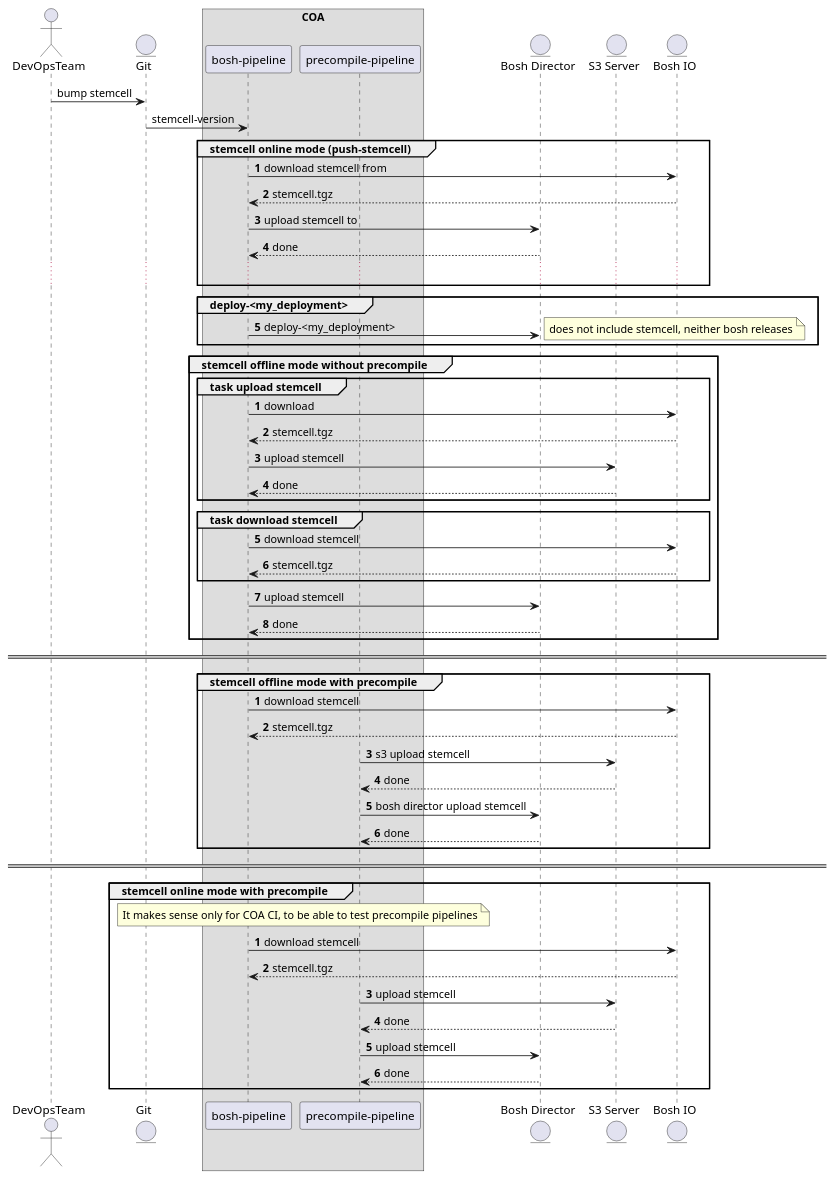
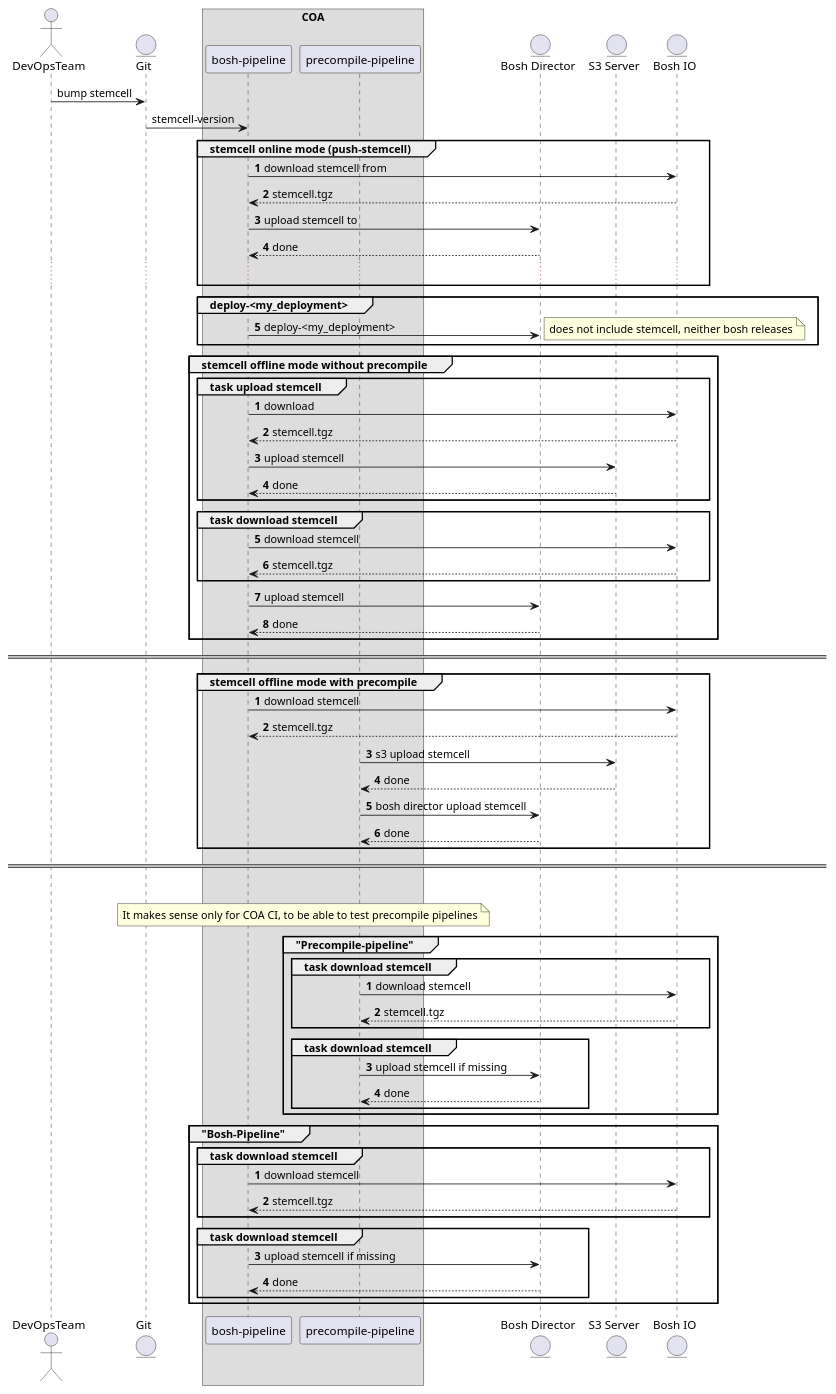
The diagram in docs/Stemcell_upload.puml (orange-cloudfoundry/cf-ops-automation), drawn with PlantUML before and after one commit. The commit also changed 4 other files, not shown here.

Commit message:
doc(coa interns): describe stemcell and bosh release upload

```diff
--- a/docs/Stemcell_upload.puml
+++ b/docs/Stemcell_upload.puml
@@ -1,66 +1,83 @@
 @startuml
  actor DevOpsTeam as team
 
  entity Git
  box COA
     participant "bosh-pipeline"
     participant "precompile-pipeline"
  end box
 
  entity "Bosh Director" as bosh
  entity "S3 Server" as s3
  entity "Bosh IO" as boshio
 
  team -> Git: bump stemcell
  Git -> "bosh-pipeline": stemcell-version
 
  group stemcell online mode (push-stemcell)
     autonumber
      "bosh-pipeline" -> boshio: download stemcell from
      boshio --> "bosh-pipeline": stemcell.tgz
      "bosh-pipeline" -> bosh: upload stemcell to
      bosh --> "bosh-pipeline": done
      ...
  end group
  group deploy-<my_deployment>
      "bosh-pipeline" -> bosh: deploy-<my_deployment>
      note right: does not include stemcell, neither bosh releases
   end group
  group stemcell offline mode without precompile
     group task upload stemcell
         autonumber
         "bosh-pipeline" -> boshio: download
         boshio --> "bosh-pipeline": stemcell.tgz
         "bosh-pipeline" -> s3: upload stemcell
         s3 --> "bosh-pipeline": done
     end group
     group task download stemcell
     "bosh-pipeline" -> boshio: download stemcell
     boshio --> "bosh-pipeline": stemcell.tgz
     end group
     "bosh-pipeline" -> bosh: upload stemcell
     bosh --> "bosh-pipeline": done
  end
  == ==
  group   stemcell offline mode with precompile
     autonumber
      "bosh-pipeline" -> boshio: download stemcell
      boshio --> "bosh-pipeline": stemcell.tgz
      "precompile-pipeline" -> s3: s3 upload stemcell
      s3 --> "precompile-pipeline": done
      "precompile-pipeline" -> bosh: bosh director upload stemcell
      bosh --> "precompile-pipeline": done
  end
 == ==
   group stemcell online mode with precompile
     note over "precompile-pipeline", "bosh-pipeline": It makes sense only for COA CI, to be able to test precompile pipelines
-    autonumber
-     "bosh-pipeline" -> boshio: download stemcell
-     boshio --> "bosh-pipeline": stemcell.tgz
-     "precompile-pipeline" -> s3: upload stemcell
-     s3 --> "precompile-pipeline": done
-     "precompile-pipeline" -> bosh: upload stemcell
-     bosh --> "precompile-pipeline": done
-    end
+    group "Precompile-pipeline"
+        autonumber
+        group task download stemcell
+             "precompile-pipeline" -> boshio: download stemcell
+             boshio --> "precompile-pipeline": stemcell.tgz
+         end
+         group task download stemcell
+             "precompile-pipeline" -> bosh: upload stemcell if missing
+             bosh --> "precompile-pipeline": done
+         end
+
+     end
+
+    group "Bosh-Pipeline"
+        autonumber
+        group task download stemcell
+             "bosh-pipeline" -> boshio: download stemcell
+             boshio --> "bosh-pipeline": stemcell.tgz
+         end
+         group task download stemcell
+             "bosh-pipeline" -> bosh: upload stemcell if missing
+             bosh --> "bosh-pipeline": done
+         end
+
+     end
 
 @enduml
```
